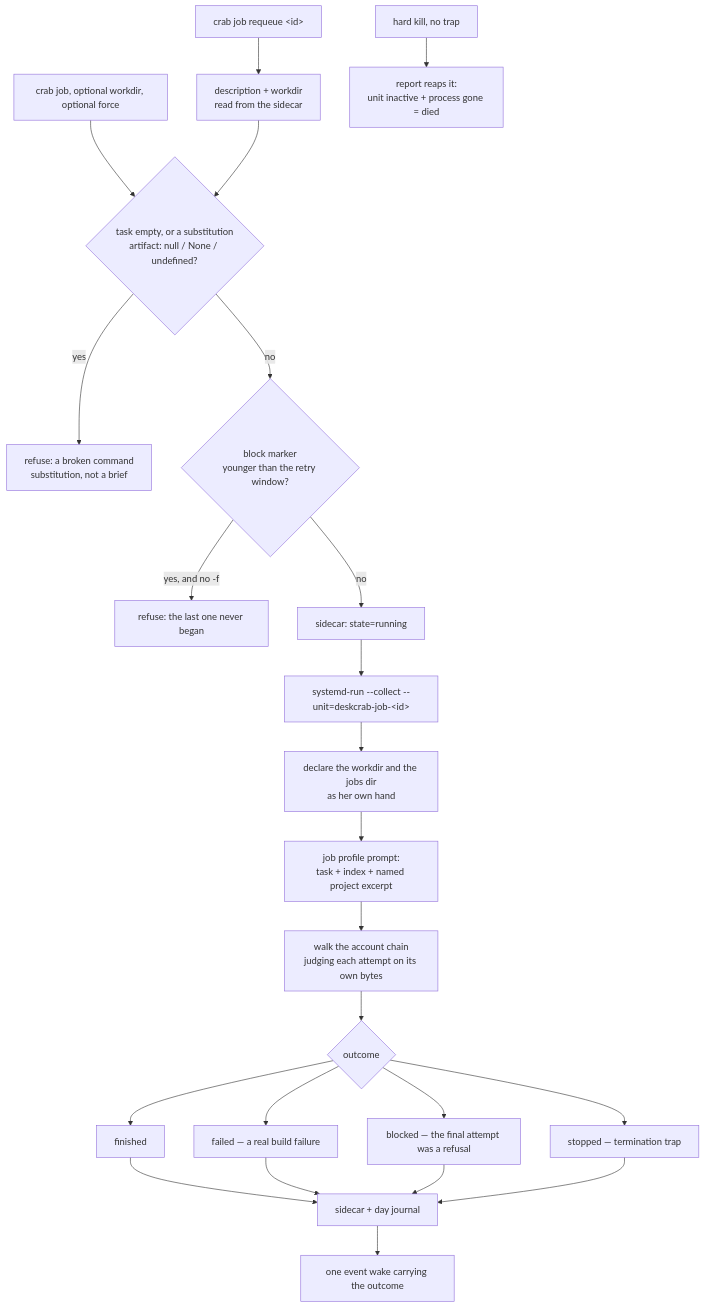
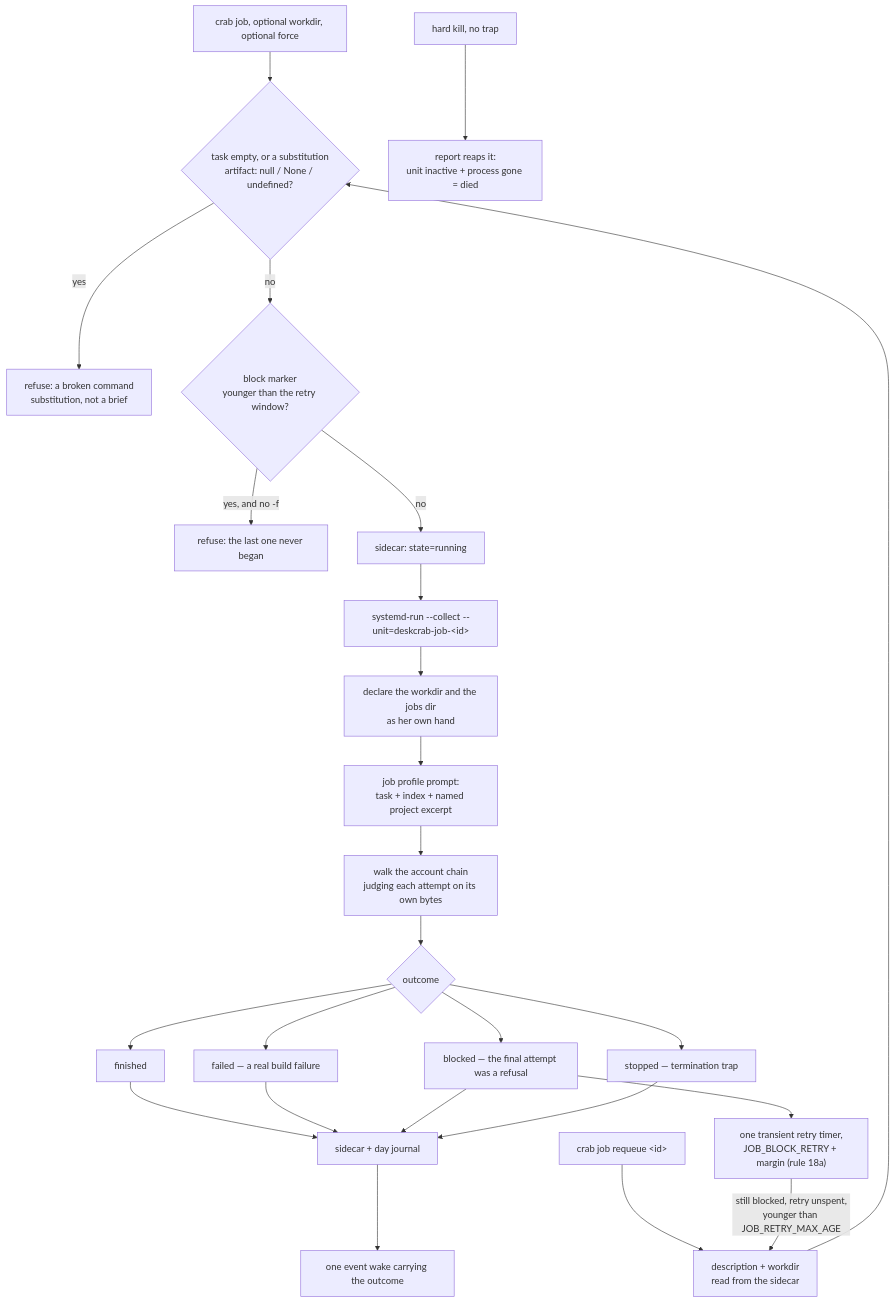
The diagram in specs/jobs.md (TheDiscordian/deskcrab), drawn with Mermaid before and after one commit. The commit also changed other lines of this file and 5 other files, not shown here.

````diff
--- a/specs/jobs.md
+++ b/specs/jobs.md
@@ -134,22 +157,24 @@
 ```mermaid
 flowchart TD
   J0["crab job, optional workdir, optional force"] --> G{"task empty, or a substitution<br/>artifact: null / None / undefined?"}
   R0["crab job requeue &lt;id&gt;"] --> R1["description + workdir<br/>read from the sidecar"]
   R1 --> G
   G -->|yes| Gr["refuse: a broken command<br/>substitution, not a brief"]
   G -->|no| J1{"block marker<br/>younger than the retry window?"}
   J1 -->|yes, and no -f| J1b["refuse: the last one never began"]
   J1 -->|no| J2["sidecar: state=running"]
   J2 --> J3["systemd-run --collect --unit=deskcrab-job-&lt;id&gt;"]
   J3 --> J4["declare the workdir and the jobs dir<br/>as her own hand"]
   J4 --> J5["job profile prompt:<br/>task + index + named project excerpt"]
   J5 --> J6["walk the account chain<br/>judging each attempt on its own bytes"]
   J6 --> O{"outcome"}
   O --> Oa["finished"]
   O --> Ob["failed — a real build failure"]
   O --> Oc["blocked — the final attempt was a refusal"]
   O --> Od["stopped — termination trap"]
   Oa & Ob & Oc & Od --> J8["sidecar + day journal"]
   J8 --> J9["one event wake carrying the outcome"]
+  Oc --> RT["one transient retry timer,<br/>JOB_BLOCK_RETRY + margin (rule 18a)"]
+  RT -->|"still blocked, retry unspent,<br/>younger than JOB_RETRY_MAX_AGE"| R1
   X["hard kill, no trap"] --> R["report reaps it:<br/>unit inactive + process gone = died"]
 ```
````
